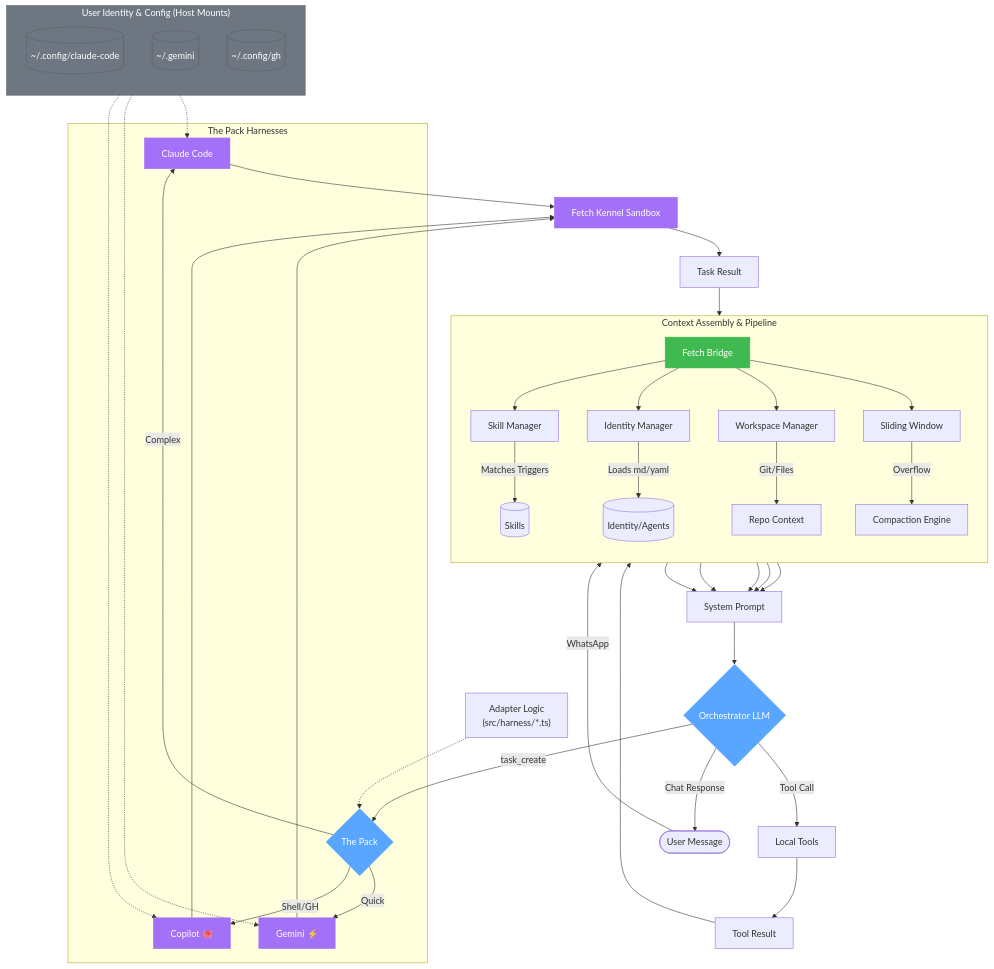
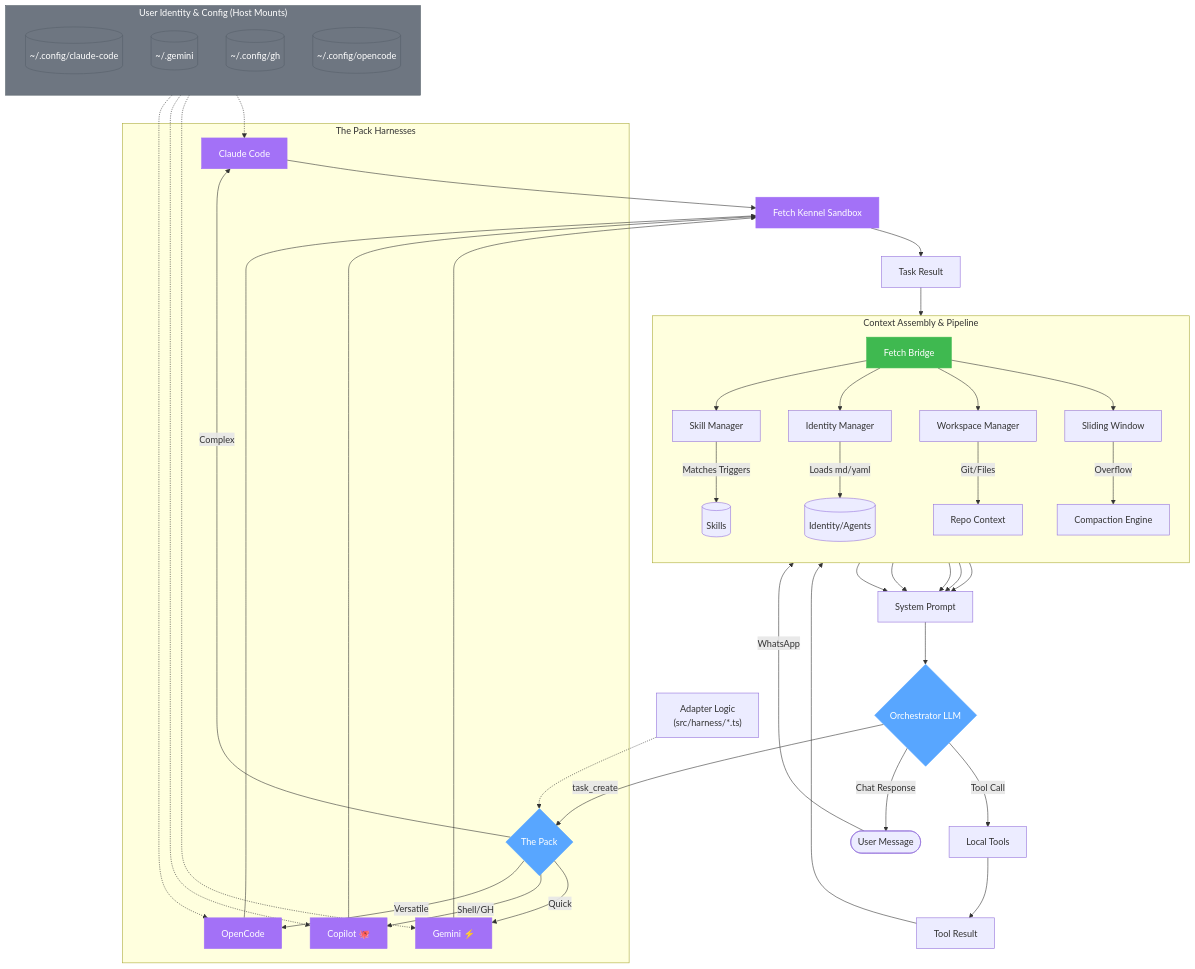
One commit to Traves-Theberge/Fetch changed the second of 3 diagrams in docs/markdown/ARCHITECTURE.md. Above: the diagram before and after it, drawn with Mermaid. The commit also changed other lines of this file and 6 other files, not shown here.

````diff
--- a/docs/markdown/ARCHITECTURE.md
+++ b/docs/markdown/ARCHITECTURE.md
@@ -102,12 +102,14 @@
         PackDecider -- Complex --> Claude[Claude Code]
         PackDecider -- Quick --> Gemini[Gemini ⚡]
         PackDecider -- Shell/GH --> Copilot[Copilot 🐙]
+        PackDecider -- Versatile --> OpenCode[OpenCode]
     end
 
     %% Execution Sandbox
     Claude --> Sandbox[Fetch Kennel Sandbox]
     Gemini --> Sandbox
     Copilot --> Sandbox
+    OpenCode --> Sandbox
 
     %% Result Loop
     Sandbox --> TaskResult[Task Result]
@@ -119,12 +121,14 @@
         ConfClaude[("~/.config/claude-code")]
         ConfGemini[("~/.gemini")]
         ConfCopilot[("~/.config/gh")]
+        ConfOpenCode[("~/.config/opencode")]
     end
-    
+
     %% Connections for Config
     ConfClaude -.-> Claude
     ConfGemini -.-> Gemini
     ConfCopilot -.-> Copilot
+    ConfOpenCode -.-> OpenCode
 
     %% Adapter Logic Reference
     AdapterLogic["Adapter Logic<br/>(src/harness/*.ts)"] -.-> PackDecider
@@ -138,7 +142,7 @@
     classDef config fill:#6e7681,stroke:#57606a,color:#fff
 
     class Bridge bridge
-    class Sandbox,Claude,Gemini,Copilot kennel
+    class Sandbox,Claude,Gemini,Copilot,OpenCode kennel
     class OrchLLM,PackDecider orchestrator
-    class HostConfig,ConfClaude,ConfGemini,ConfCopilot config
+    class HostConfig,ConfClaude,ConfGemini,ConfCopilot,ConfOpenCode config
 ```
````
